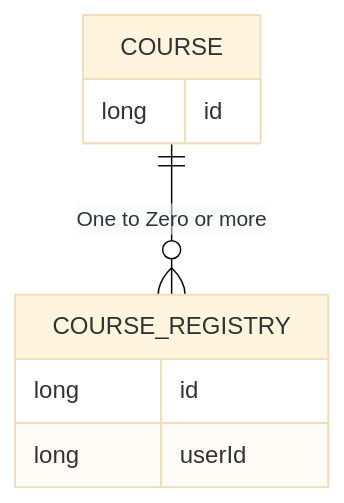
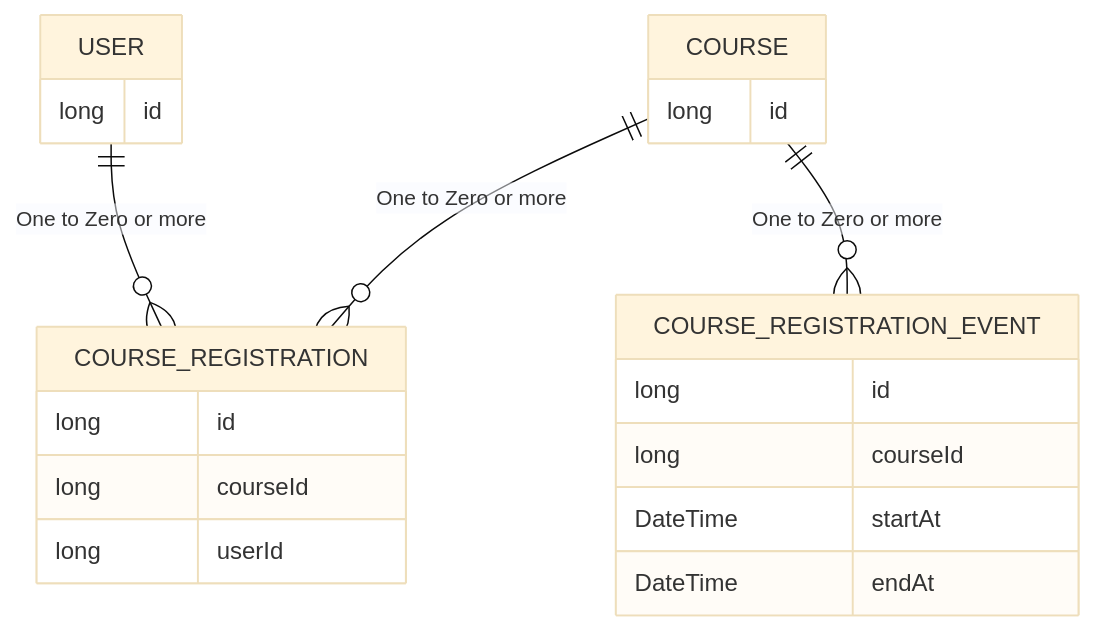
The diagram in README.md (newbieJanghan/hh_plus_2), drawn with Mermaid (base theme) before and after one commit. The commit also changed other lines of this file and 30 other files, not shown here.

Commit message:
Refactor: ERD 개선 및 어플리케이션 아키텍쳐 변경

````diff
--- a/README.md
+++ b/README.md
@@ -12,11 +13,23 @@
 ```mermaid
 erDiagram
-    COURSE ||--o{ COURSE_REGISTRY: "One to Zero or more"
+    COURSE ||--o{ COURSE_REGISTRATION: "One to Zero or more"
+    USER ||--o{ COURSE_REGISTRATION: "One to Zero or more"
+    COURSE ||--o{ COURSE_REGISTRATION_EVENT: "One to Zero or more"
     COURSE {
         long id
     }
-    COURSE_REGISTRY {
+    COURSE_REGISTRATION_EVENT {
         long id
+        long courseId
+        DateTime startAt
+        DateTime endAt
+    }
+    COURSE_REGISTRATION {
+        long id
+        long courseId
         long userId
     }
+    USER {
+        long id
+    }
 ```
````
